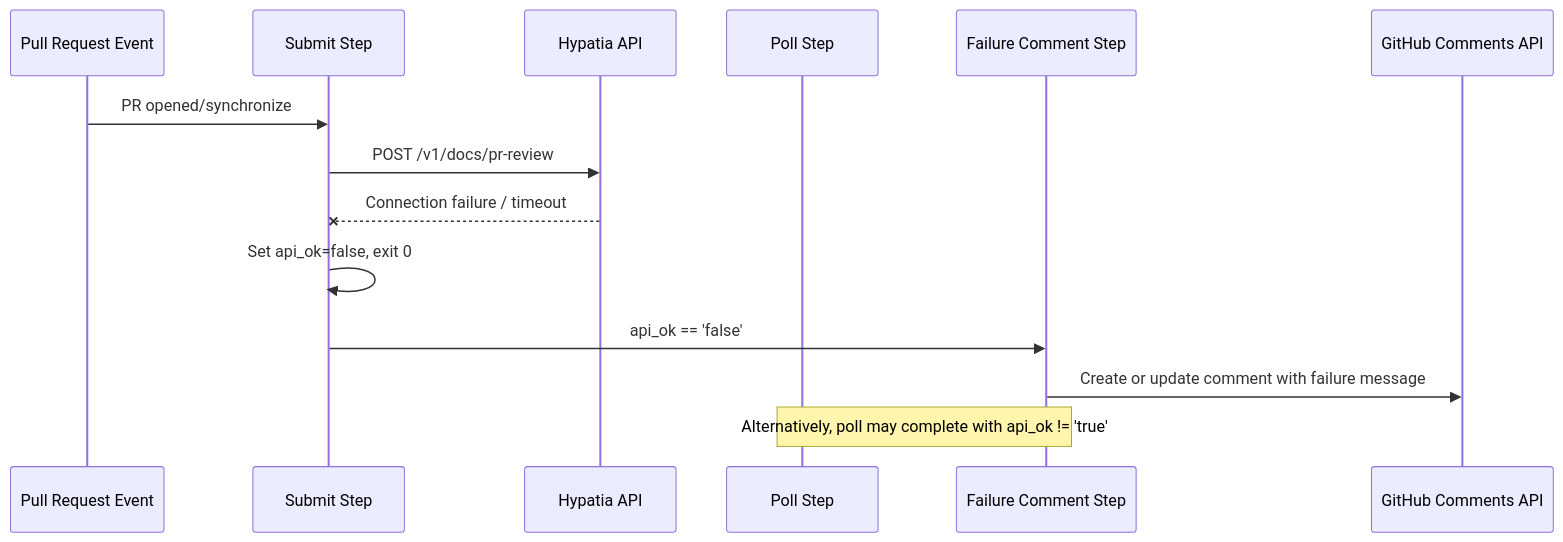
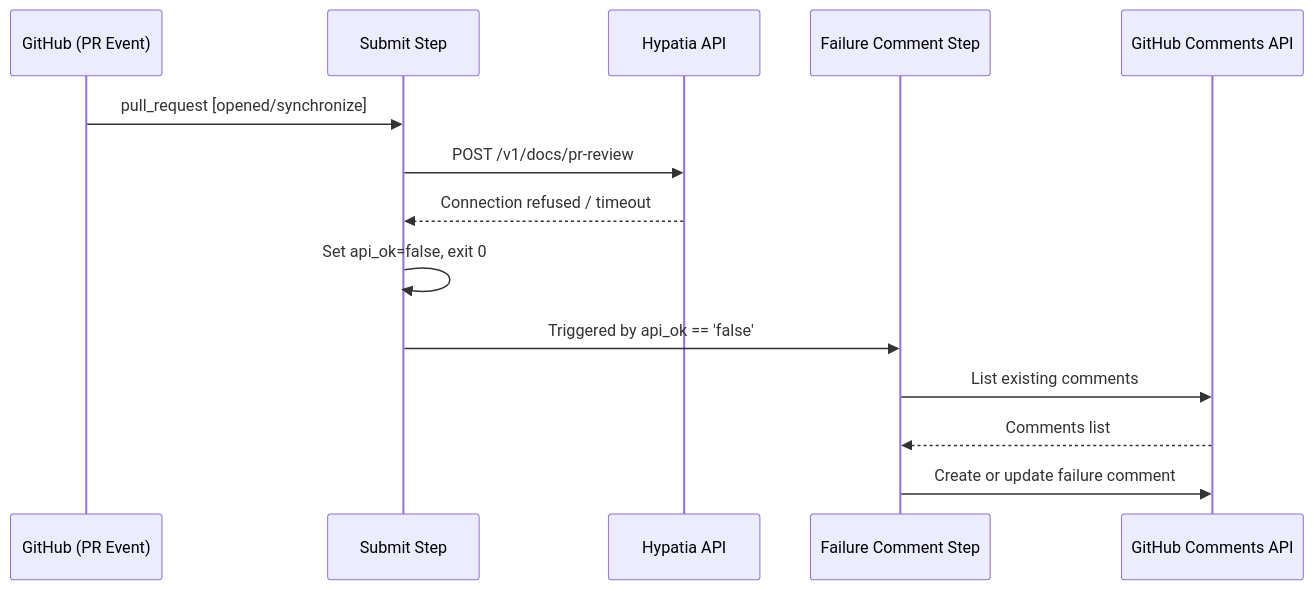
The fourth of 4 diagrams in docs/.github-workflows.md (cornelisnetworks/opa-psm2-tests), drawn with Mermaid before and after one commit. The commit also changed other lines of this file and 1 other file, not shown here.

````diff
--- a/docs/.github-workflows.md
+++ b/docs/.github-workflows.md
@@ -85,18 +87,17 @@
 ```mermaid
 sequenceDiagram
-    participant PR as Pull Request Event
+    participant GH as GitHub (PR Event)
     participant Submit as Submit Step
-    participant API as Hypatia API
-    participant Poll as Poll Step
-    participant Fail as Failure Comment Step
-    participant GH as GitHub Comments API
+    participant Hypatia as Hypatia API
+    participant FailComment as Failure Comment Step
+    participant GHAPI as GitHub Comments API
 
-    PR->>Submit: PR opened/synchronize
-    Submit->>API: POST /v1/docs/pr-review
-    API--xSubmit: Connection failure / timeout
+    GH->>Submit: pull_request [opened/synchronize]
+    Submit->>Hypatia: POST /v1/docs/pr-review
+    Hypatia-->>Submit: Connection refused / timeout
     Submit->>Submit: Set api_ok=false, exit 0
-    Submit->>Fail: api_ok == 'false'
-    Fail->>GH: Create or update comment with failure message
-
-    Note over Poll,Fail: Alternatively, poll may complete with api_ok != 'true'
+    Submit->>FailComment: Triggered by api_ok == 'false'
+    FailComment->>GHAPI: List existing comments
+    GHAPI-->>FailComment: Comments list
+    FailComment->>GHAPI: Create or update failure comment
 ```
````
